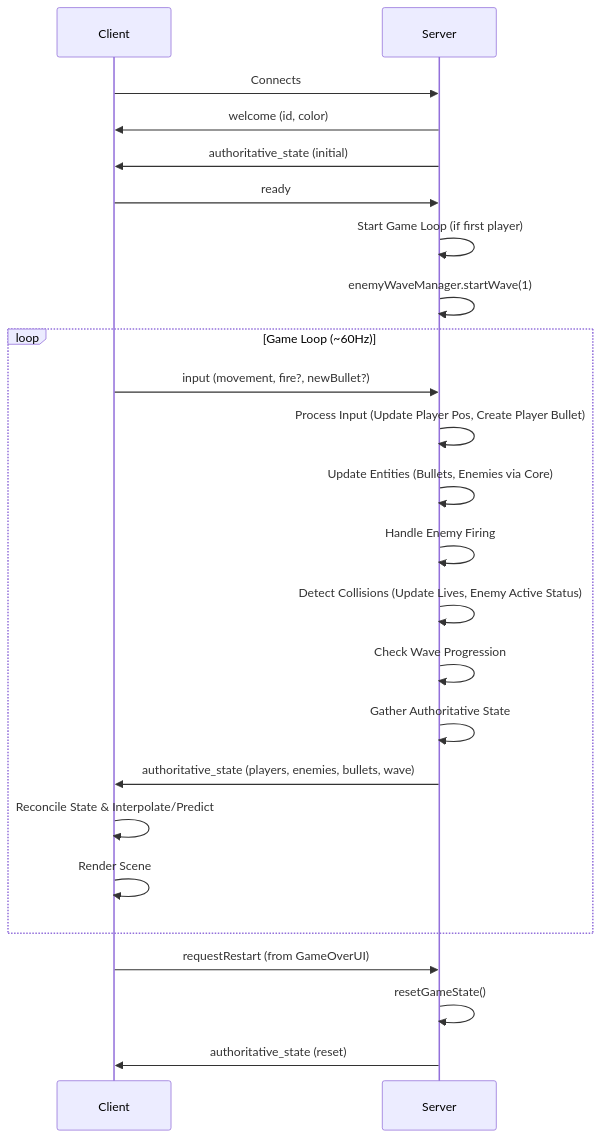
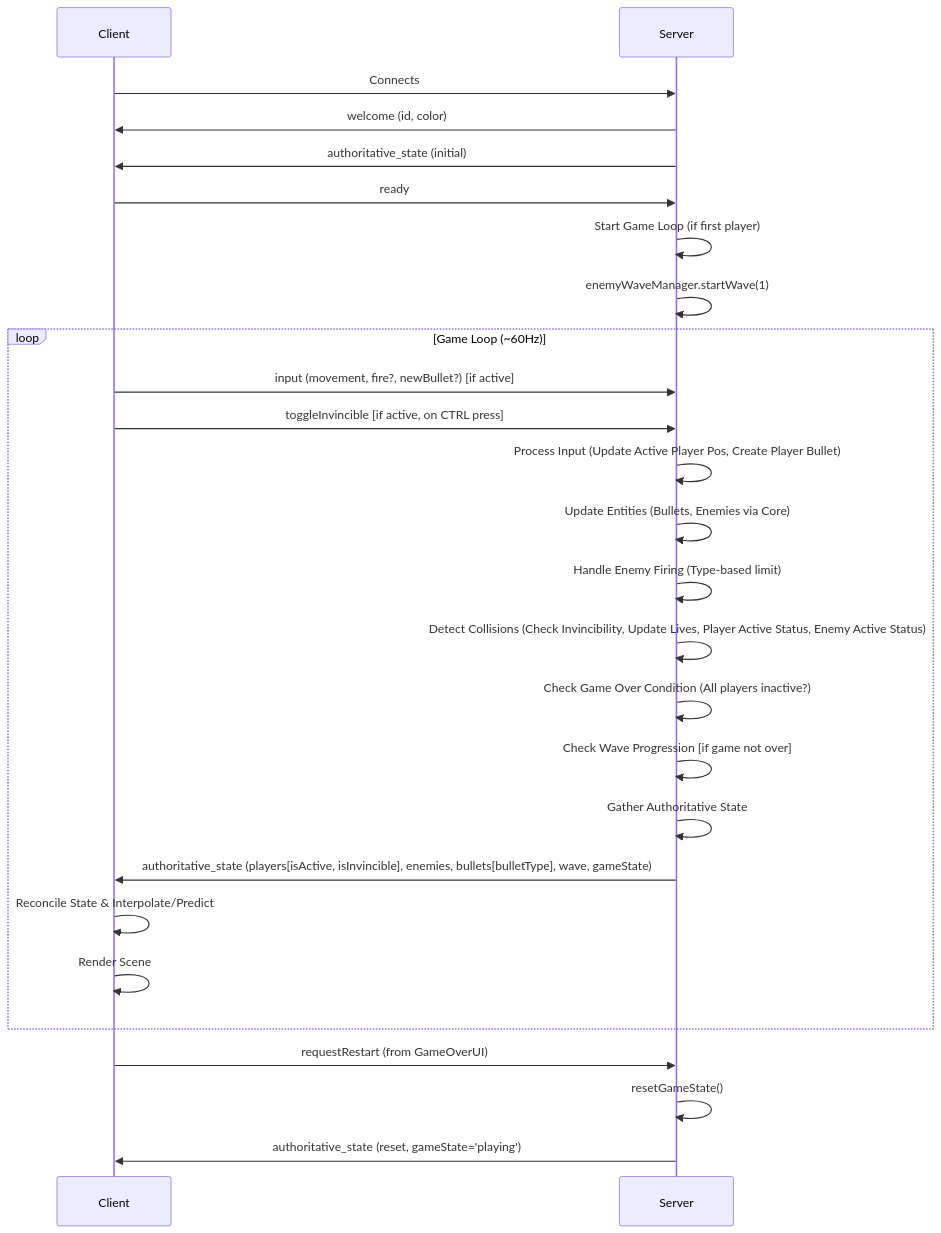
Before and after one commit to mzeman/multiplayerArcadeSpaceGame: the second of 3 diagrams in docs/comprehensive_game_documentation.md, drawn with Mermaid. The commit also changed other lines of this file and 5 other files, not shown here.

Commit message:
Fix: Implement multiplayer game over logic, bullet tinting; Update docs (incl. image paths)

````diff
--- a/docs/comprehensive_game_documentation.md
+++ b/docs/comprehensive_game_documentation.md
@@ -98,29 +102,31 @@
 ```mermaid
 sequenceDiagram
     participant Client
     participant Server
 
     Client->>Server: Connects
     Server->>Client: welcome (id, color)
     Server->>Client: authoritative_state (initial)
     Client->>Server: ready
     Server->>Server: Start Game Loop (if first player)
     Server->>Server: enemyWaveManager.startWave(1)
 
     loop Game Loop (~60Hz)
-        Client->>Server: input (movement, fire?, newBullet?)
-        Server->>Server: Process Input (Update Player Pos, Create Player Bullet)
+        Client->>Server: input (movement, fire?, newBullet?) [if active]
+        Client->>Server: toggleInvincible [if active, on CTRL press]
+        Server->>Server: Process Input (Update Active Player Pos, Create Player Bullet)
         Server->>Server: Update Entities (Bullets, Enemies via Core)
-        Server->>Server: Handle Enemy Firing
-        Server->>Server: Detect Collisions (Update Lives, Enemy Active Status)
-        Server->>Server: Check Wave Progression
+        Server->>Server: Handle Enemy Firing (Type-based limit)
+        Server->>Server: Detect Collisions (Check Invincibility, Update Lives, Player Active Status, Enemy Active Status)
+        Server->>Server: Check Game Over Condition (All players inactive?)
+        Server->>Server: Check Wave Progression [if game not over]
         Server->>Server: Gather Authoritative State
-        Server->>Client: authoritative_state (players, enemies, bullets, wave)
+        Server->>Client: authoritative_state (players[isActive, isInvincible], enemies, bullets[bulletType], wave, gameState)
         Client->>Client: Reconcile State & Interpolate/Predict
         Client->>Client: Render Scene
     end
 
     Client->>Server: requestRestart (from GameOverUI)
     Server->>Server: resetGameState()
-    Server->>Client: authoritative_state (reset)
+    Server->>Client: authoritative_state (reset, gameState='playing')
 ```
````
